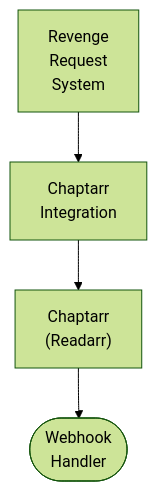
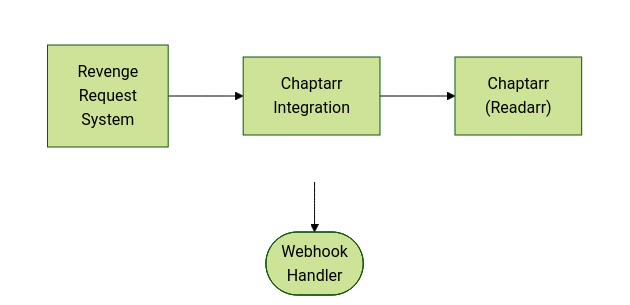
One commit to lusoris/revenge changed the diagram in docs/dev/design/integrations/servarr/CHAPTARR.md. Above: the diagram before and after it, drawn with Mermaid (forest theme). The commit also changed 210 other files, not shown here.

First line of the commit message:
feat(docs): Add horizontal layout support for Mermaid diagrams

````diff
--- a/docs/dev/design/integrations/servarr/CHAPTARR.md
+++ b/docs/dev/design/integrations/servarr/CHAPTARR.md
@@ -59,10 +59,16 @@
 ```mermaid
 flowchart TD
-    node1["Revenge<br/>Request<br/>System"]
-    node2["Chaptarr<br/>Integration"]
-    node3["Chaptarr<br/>(Readarr)"]
+    subgraph row1[ ]
+        direction LR
+        node1["Revenge<br/>Request<br/>System"]
+        node2["Chaptarr<br/>Integration"]
+        node3["Chaptarr<br/>(Readarr)"]
+    end
     node4(["Webhook<br/>Handler"])
     node1 --> node2
     node2 --> node3
     node3 --> node4
+
+    %% Hide row subgraph borders
+    style row1 fill:transparent,stroke:transparent
 ```
````
